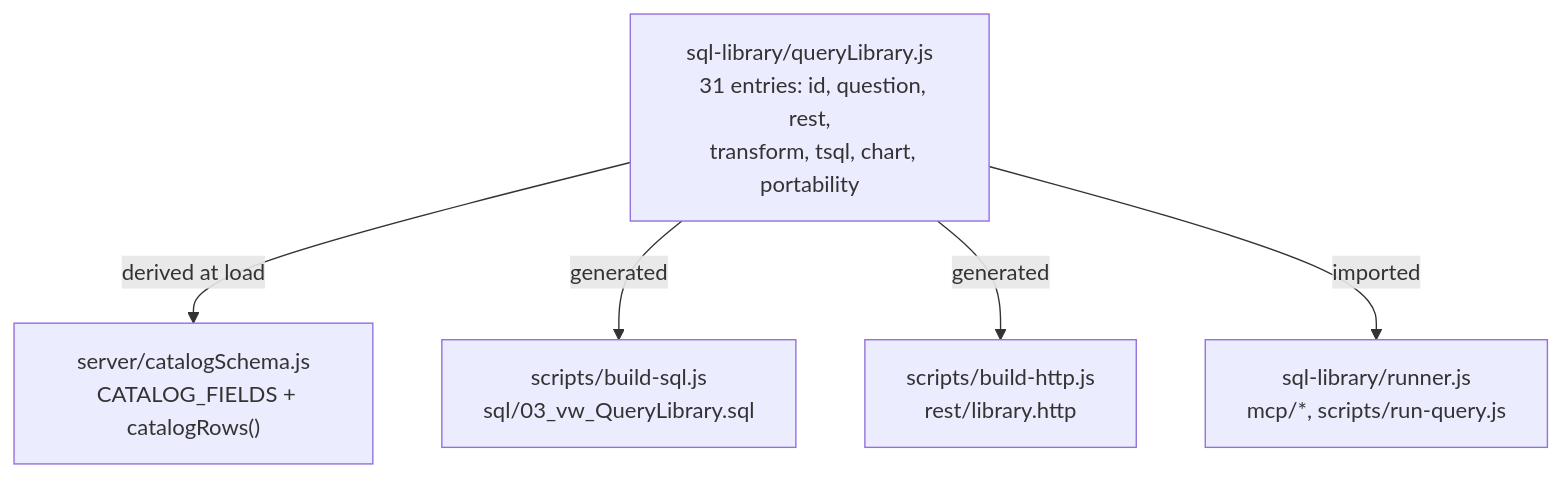
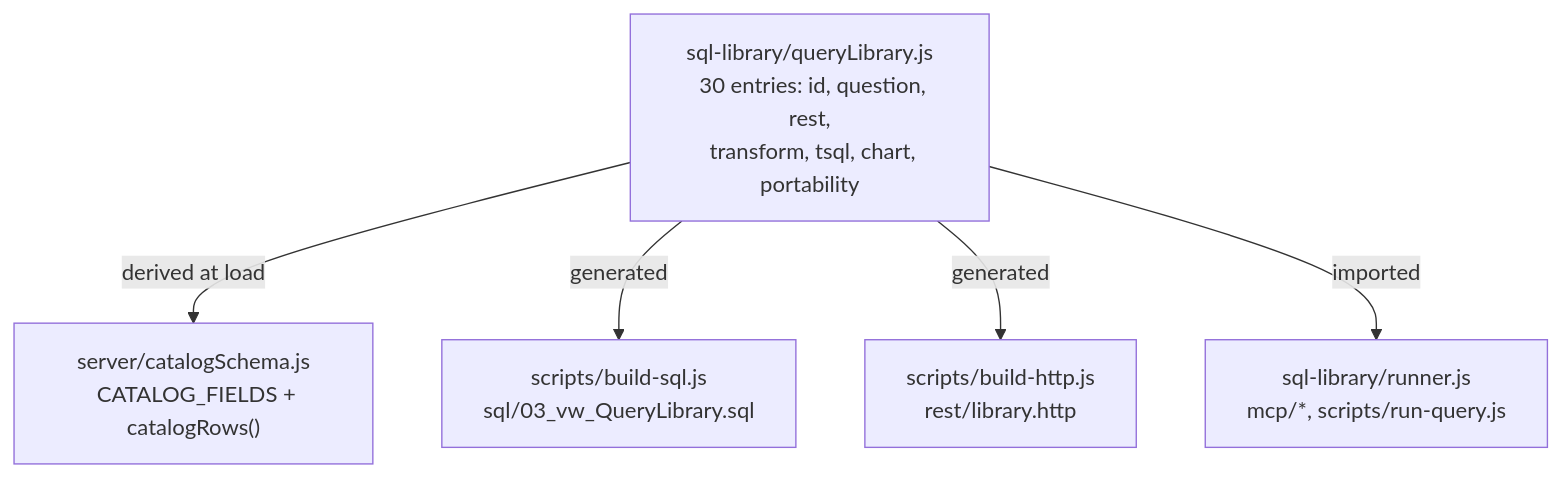
The first of 5 diagrams in docs/architecture.md (AshleyGahl/arcgis-rest-query-library), drawn with Mermaid before and after one commit. The commit also changed other lines of this file and 26 other files, not shown here.

````diff
--- a/docs/architecture.md
+++ b/docs/architecture.md
@@ -18,18 +18,18 @@
 ```mermaid
 flowchart TB
   LIB["sql-library/queryLibrary.js
-  31 entries: id, question, rest,
+  30 entries: id, question, rest,
   transform, tsql, chart, portability"]
   CAT["server/catalogSchema.js
   CATALOG_FIELDS + catalogRows()"]
   BSQL["scripts/build-sql.js
   sql/03_vw_QueryLibrary.sql"]
   BHTTP["scripts/build-http.js
   rest/library.http"]
   USE["sql-library/runner.js
   mcp/*, scripts/run-query.js"]
   LIB -->|derived at load| CAT
   LIB -->|generated| BSQL
   LIB -->|generated| BHTTP
   LIB -->|imported| USE
 ```
````
